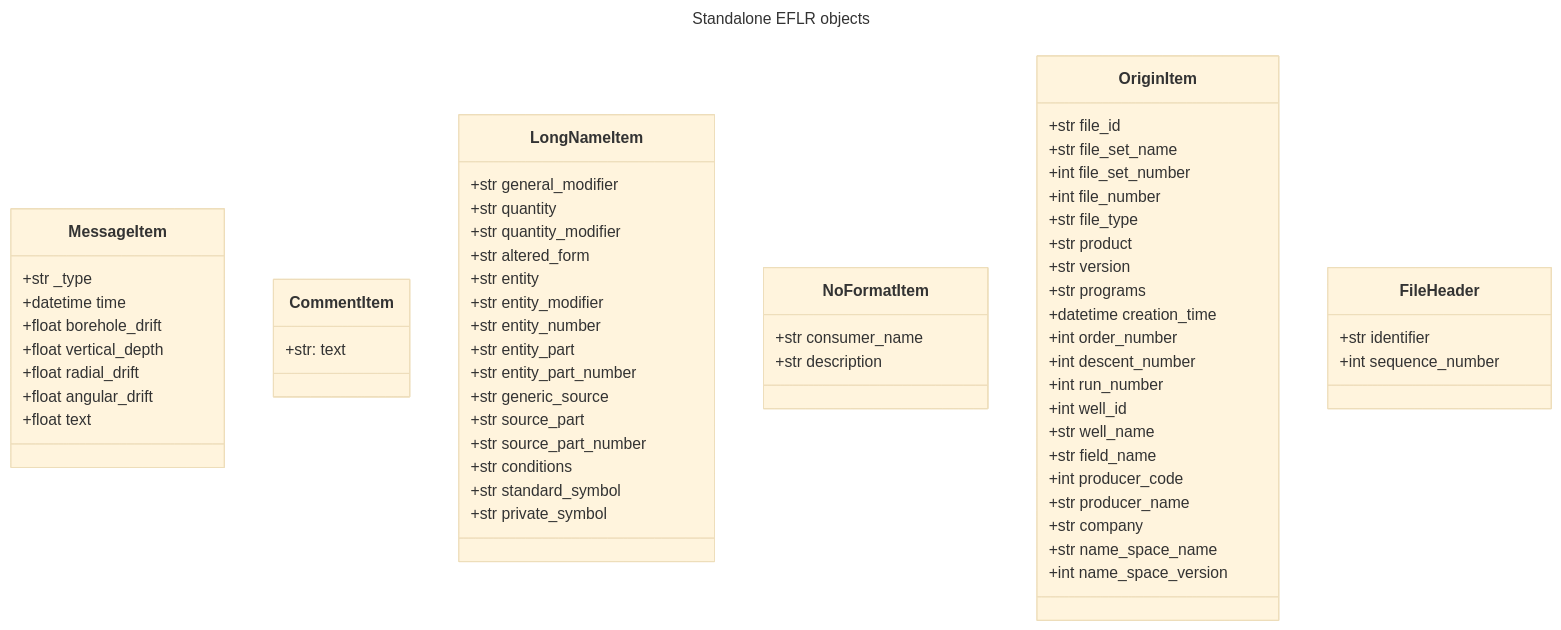
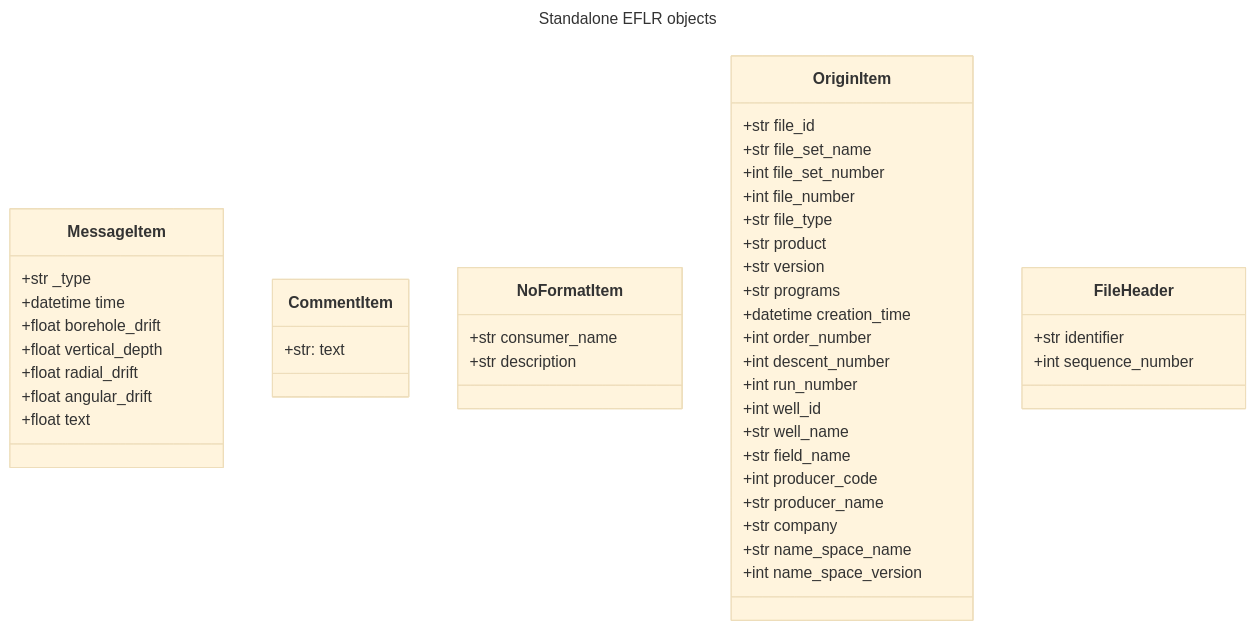
The fourth of 6 diagrams in README.md (well-id/dliswriter), drawn with Mermaid (base theme) before and after one commit.

Commit message:
Updated README: added LongName references

````diff
--- a/README.md
+++ b/README.md
@@ -850,74 +872,56 @@
 ```mermaid
 ---
 title: Standalone EFLR objects
 ---
 classDiagram
 
     class MessageItem{
         +str _type
         +datetime time
         +float borehole_drift
         +float vertical_depth
         +float radial_drift
         +float angular_drift
         +float text
     }
     
     class CommentItem{
         +str: text
-    }
-    
-    class LongNameItem{
-        +str general_modifier
-        +str quantity
-        +str quantity_modifier
-        +str altered_form
-        +str entity
-        +str entity_modifier
-        +str entity_number
-        +str entity_part
-        +str entity_part_number
-        +str generic_source
-        +str source_part
-        +str source_part_number
-        +str conditions
-        +str standard_symbol
-        +str private_symbol
     }
     
     class NoFormatItem{
         +str consumer_name
         +str description
     }
     
     class OriginItem{
         +str file_id
         +str file_set_name
         +int file_set_number
         +int file_number
         +str file_type
         +str product
         +str version
         +str programs
         +datetime creation_time
         +int order_number
         +int descent_number
         +int run_number
         +int well_id
         +str well_name
         +str field_name
         +int producer_code
         +str producer_name
         +str company
         +str name_space_name
         +int name_space_version
 
     }
     
     class FileHeader{
         +str identifier
         +int sequence_number
     }
     
     
 ```
````
